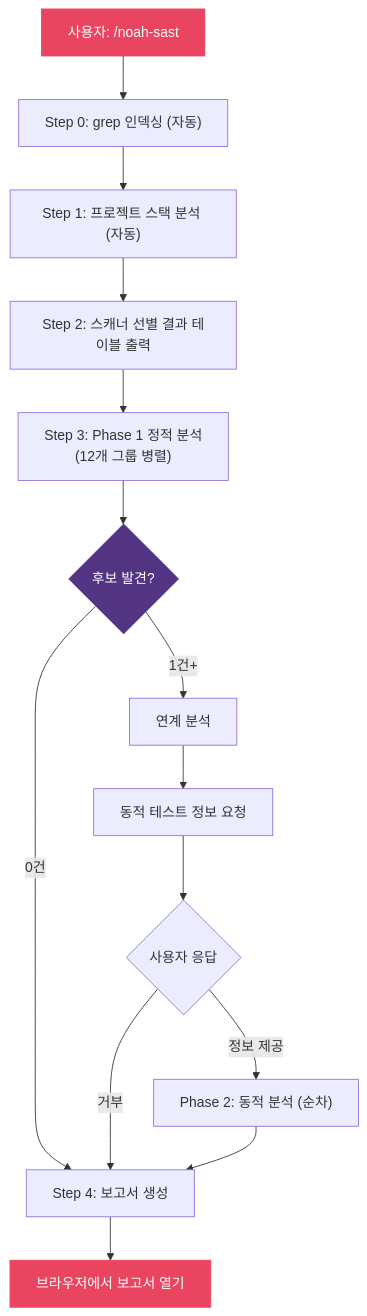
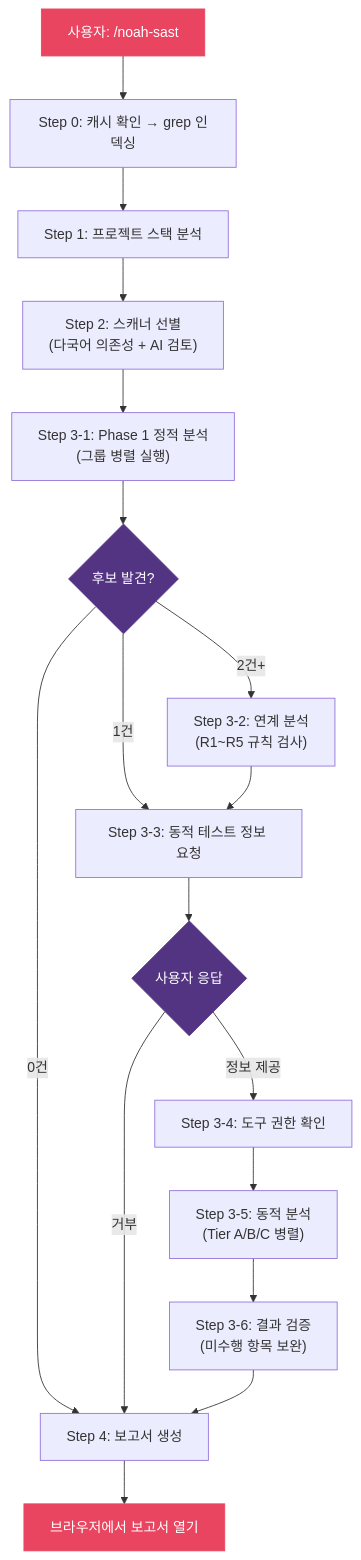
Before and after one commit to nomarlhack/noah-sast: the fifth of 5 diagrams in README.md, drawn with Mermaid. The commit also changed other lines of this file, not shown here.

First line of the commit message:
docs: README 실행 프로세스 상세화 — Step 0-0~3-6 전체 단계 설명

````diff
--- a/README.md
+++ b/README.md
@@ -346,20 +488,24 @@
 ```mermaid
 flowchart TD
-    User["사용자: /noah-sast"] --> S0["Step 0: grep 인덱싱 (자동)"]
-    S0 --> S1["Step 1: 프로젝트 스택 분석 (자동)"]
-    S1 --> S2["Step 2: 스캐너 선별 결과 테이블 출력"]
-    S2 --> S3["Step 3: Phase 1 정적 분석\n(12개 그룹 병렬)"]
+    User["사용자: /noah-sast"] --> S0["Step 0: 캐시 확인 → grep 인덱싱"]
+    S0 --> S1["Step 1: 프로젝트 스택 분석"]
+    S1 --> S2["Step 2: 스캐너 선별\n(다국어 의존성 + AI 검토)"]
+    S2 --> S3["Step 3-1: Phase 1 정적 분석\n(그룹 병렬 실행)"]
     S3 --> Check{후보 발견?}
     Check -->|0건| S4["Step 4: 보고서 생성"]
-    Check -->|1건+| Chain["연계 분석"]
-    Chain --> Ask["동적 테스트 정보 요청"]
+    Check -->|2건+| Chain["Step 3-2: 연계 분석\n(R1~R5 규칙 검사)"]
+    Check -->|1건| Ask
+    Chain --> Ask["Step 3-3: 동적 테스트 정보 요청"]
     Ask --> UserReply{사용자 응답}
-    UserReply -->|정보 제공| Dynamic["Phase 2: 동적 분석 (순차)"]
+    UserReply -->|정보 제공| Perm["Step 3-4: 도구 권한 확인"]
     UserReply -->|거부| S4
-    Dynamic --> S4
+    Perm --> Dynamic["Step 3-5: 동적 분석\n(Tier A/B/C 병렬)"]
+    Dynamic --> Verify["Step 3-6: 결과 검증\n(미수행 항목 보완)"]
+    Verify --> S4
     S4 --> Open["브라우저에서 보고서 열기"]
 
     style User fill:#e94560,stroke:#e94560,color:#fff
     style Open fill:#e94560,stroke:#e94560,color:#fff
     style Check fill:#533483,stroke:#533483,color:#fff
+    style UserReply fill:#533483,stroke:#533483,color:#fff
 ```
````
